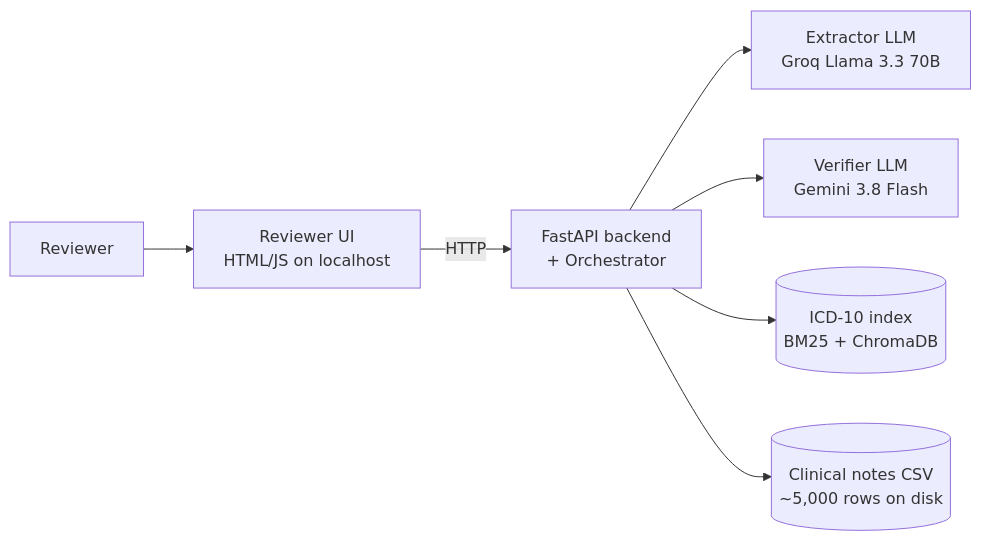
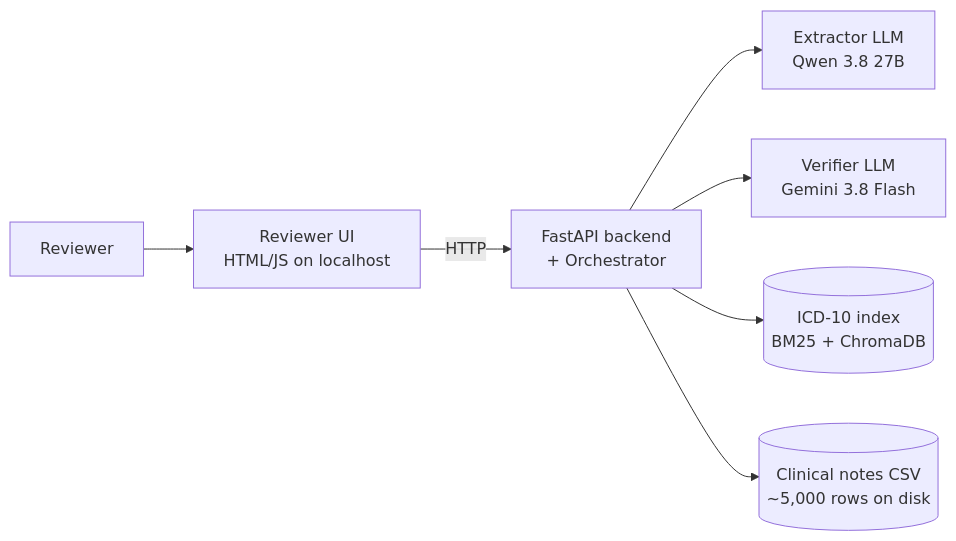
The first of 3 diagrams in ARCHITECTURE.md (shaswatdalai/-AI-Powered-Clinical-Note-Extraction-and-Coding-Agent-MVP), drawn with Mermaid before and after one commit. The commit also changed other lines of this file and 4 other files, not shown here.

Commit message:
feat: Pydantic extraction schema + 17 tests

````diff
--- a/ARCHITECTURE.md
+++ b/ARCHITECTURE.md
@@ -42,9 +42,9 @@
 ```mermaid
 flowchart LR
     R[Reviewer] --> UI[Reviewer UI<br/>HTML/JS on localhost]
     UI -->|HTTP| BE[FastAPI backend<br/>+ Orchestrator]
-    BE --> EXT[Extractor LLM<br/>Groq Llama 3.3 70B]
+    BE --> EXT[Extractor LLM<br/>Qwen 3.8 27B]
     BE --> VER[Verifier LLM<br/>Gemini 3.8 Flash]
     BE --> IDX[(ICD-10 index<br/>BM25 + ChromaDB)]
     BE --> NOTES[(Clinical notes CSV<br/>~5,000 rows on disk)]
 ```
````
